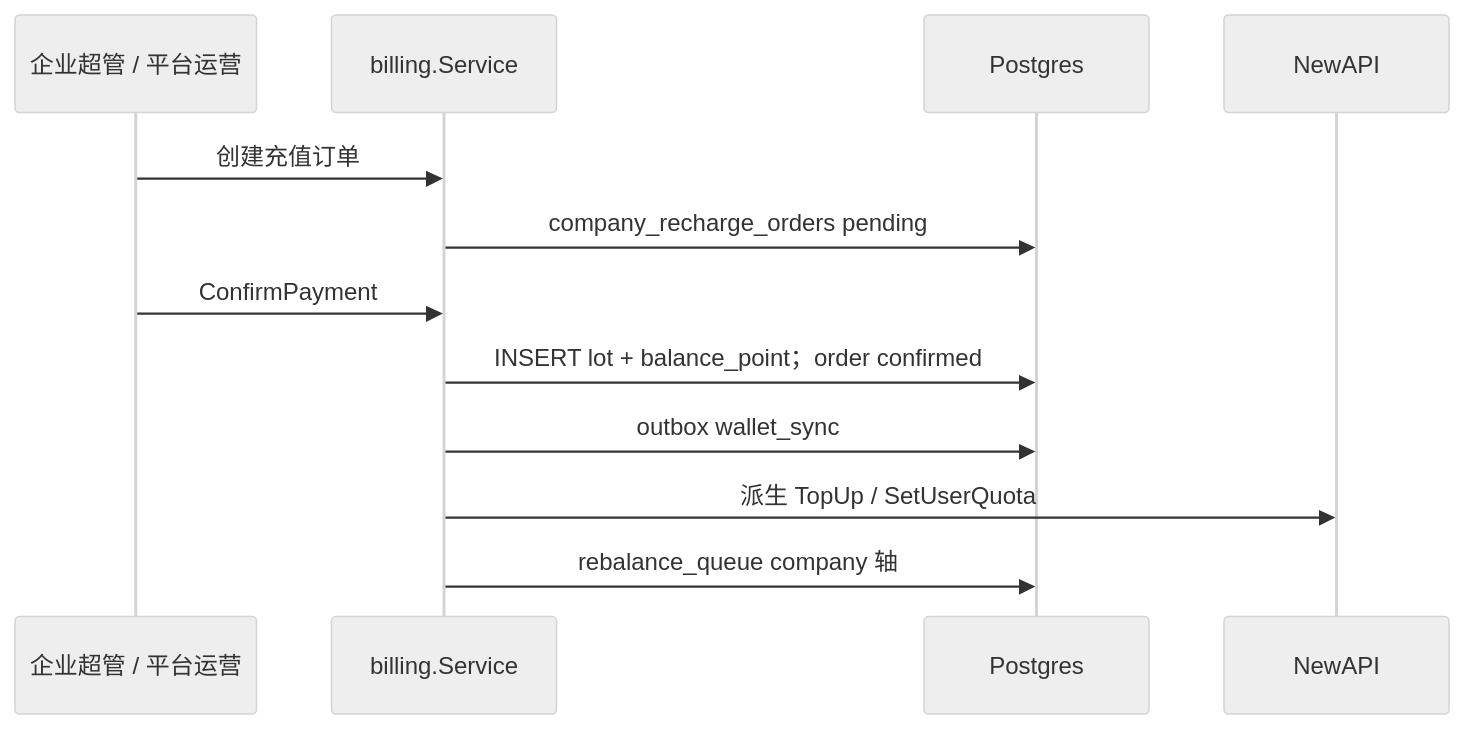
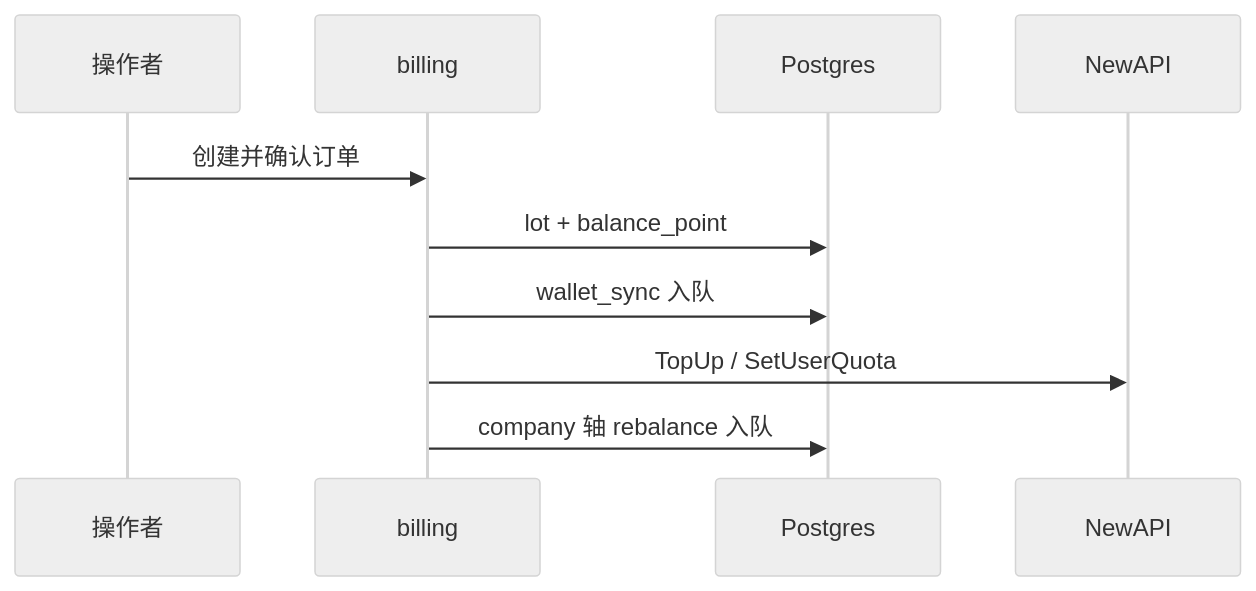
The ninth of 9 diagrams in docs/Backend-预算.md (quyip8818/mytokenjoy), drawn with Mermaid (neutral theme) before and after one commit. The commit also changed other lines of this file and 40 other files, not shown here.

````diff
--- a/docs/Backend-预算.md
+++ b/docs/Backend-预算.md
@@ -241,15 +305,13 @@
 ```mermaid
 sequenceDiagram
-  participant U as 企业超管 / 平台运营
-  participant TJ as billing.Service
-  participant PG as Postgres
+  participant U as 操作者
+  participant B as billing
+  participant DB as Postgres
   participant NA as NewAPI
 
-  U->>TJ: 创建充值订单
-  TJ->>PG: company_recharge_orders pending
-  U->>TJ: ConfirmPayment
-  TJ->>PG: INSERT lot + balance_point；order confirmed
-  TJ->>PG: outbox wallet_sync
-  TJ->>NA: 派生 TopUp / SetUserQuota
-  TJ->>PG: rebalance_queue company 轴
+  U->>B: 创建并确认订单
+  B->>DB: lot + balance_point
+  B->>DB: wallet_sync 入队
+  B->>NA: TopUp / SetUserQuota
+  B->>DB: company 轴 rebalance 入队
 ```
````
